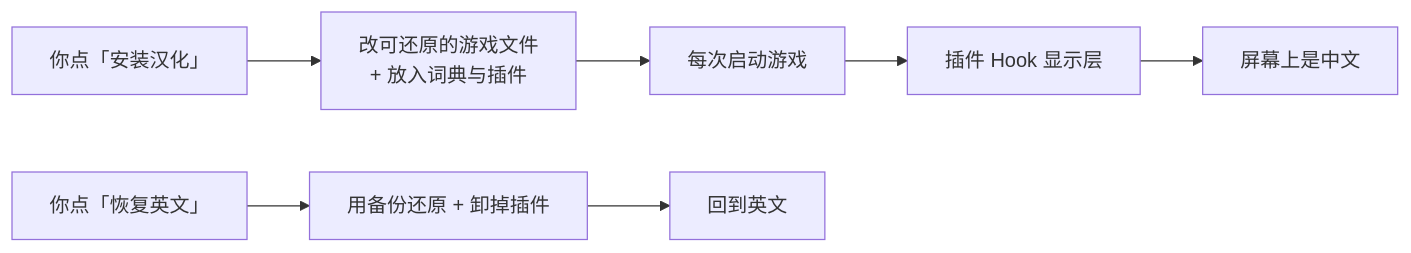
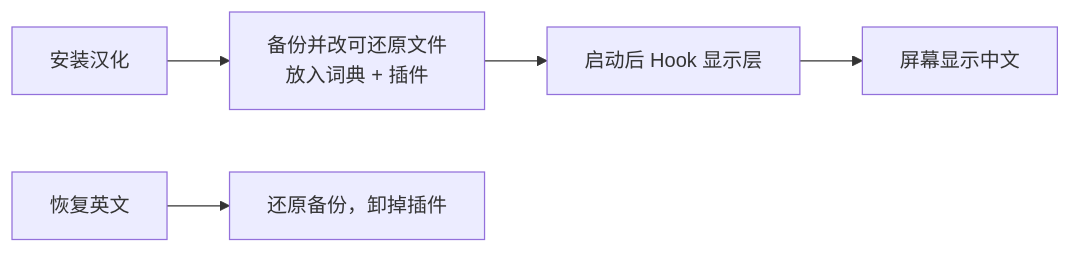
Before and after one commit to kyle-ip/ascension-zh-cn: the second of 3 diagrams in docs/blog-why-chinese.zh.md, drawn with Mermaid. The commit also changed other lines of this file and 1 other file, not shown here.

````diff
--- a/docs/blog-why-chinese.zh.md
+++ b/docs/blog-why-chinese.zh.md
@@ -75,10 +40,7 @@
 ```mermaid
 flowchart LR
-  You["你点「安装汉化」"] --> Disk["改可还原的游戏文件<br/>+ 放入词典与插件"]
-  Disk --> Launch["每次启动游戏"]
-  Launch --> Hook["插件 Hook 显示层"]
-  Hook --> ZH["屏幕上是中文"]
-
-  You2["你点「恢复英文」"] --> Restore["用备份还原 + 卸掉插件"]
-  Restore --> EN["回到英文"]
+  Install["安装汉化"] --> Disk["备份并改可还原文件<br/>放入词典 + 插件"]
+  Disk --> Hook["启动后 Hook 显示层"]
+  Hook --> ZH["屏幕显示中文"]
+  Restore["恢复英文"] --> Back["还原备份，卸掉插件"]
 ```
````
